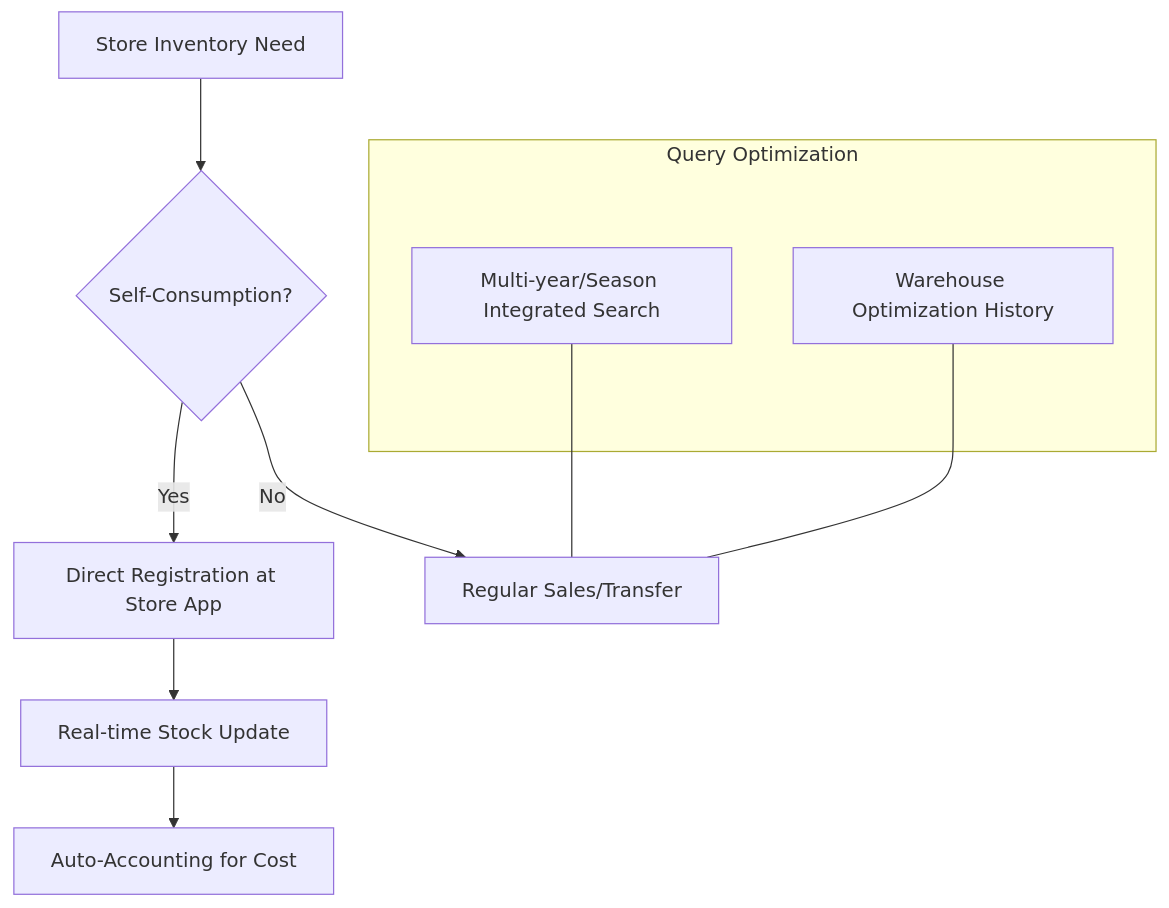
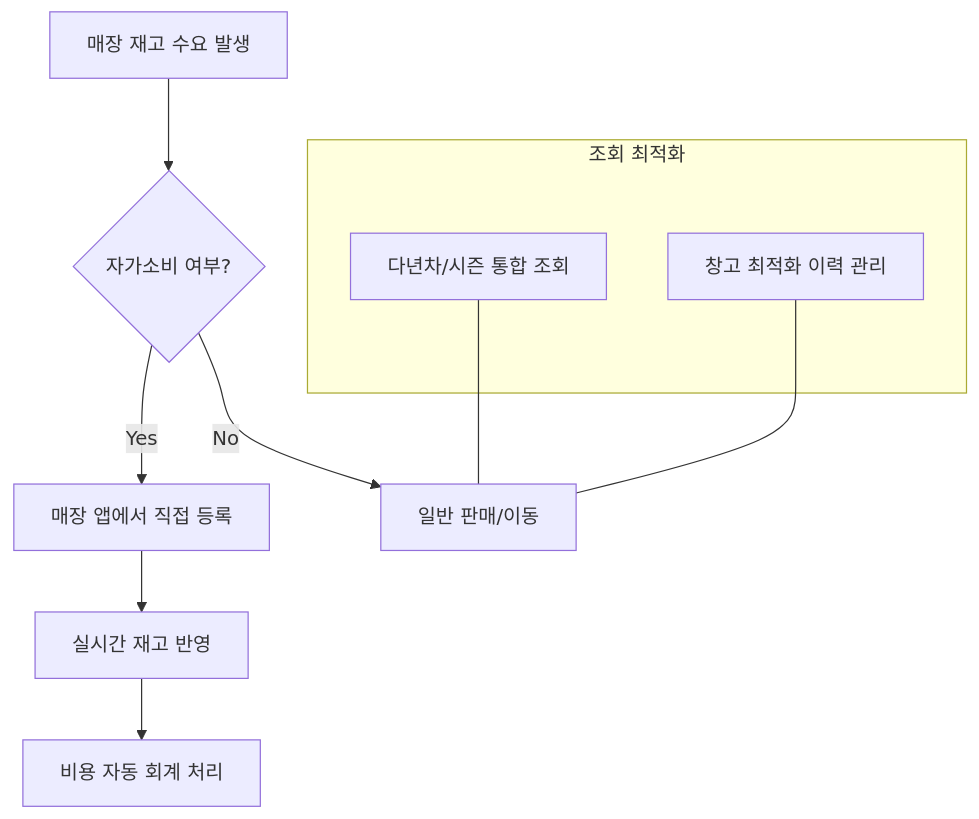
The fifth of 5 diagrams in wiki/sources/SALES_MGMT_TOBE_FLOW.md (sonicsito-pixel/swiki), drawn with Mermaid before and after one commit. The commit also changed other lines of this file, not shown here.

Commit message:
Translate Mermaid diagrams to Korean in SALES_MGMT_TOBE_FLOW.md

````diff
--- a/wiki/sources/SALES_MGMT_TOBE_FLOW.md
+++ b/wiki/sources/SALES_MGMT_TOBE_FLOW.md
@@ -124,15 +124,15 @@
 ```mermaid
 graph TD
-    A[Store Inventory Need] --> B{Self-Consumption?}
-    B -->|Yes| C[Direct Registration at Store App]
-    B -->|No| D[Regular Sales/Transfer]
-    C --> E[Real-time Stock Update]
-    E --> F[Auto-Accounting for Cost]
+    A[매장 재고 수요 발생] --> B{자가소비 여부?}
+    B -->|Yes| C[매장 앱에서 직접 등록]
+    B -->|No| D[일반 판매/이동]
+    C --> E[실시간 재고 반영]
+    E --> F[비용 자동 회계 처리]
     
-    subgraph "Query Optimization"
-        G["Multi-year/Season Integrated Search"]
-        H[Warehouse Optimization History]
+    subgraph "조회 최적화"
+        G["다년차/시즌 통합 조회"]
+        H[창고 최적화 이력 관리]
     end
     G --- D
     H --- D
 ```
````
